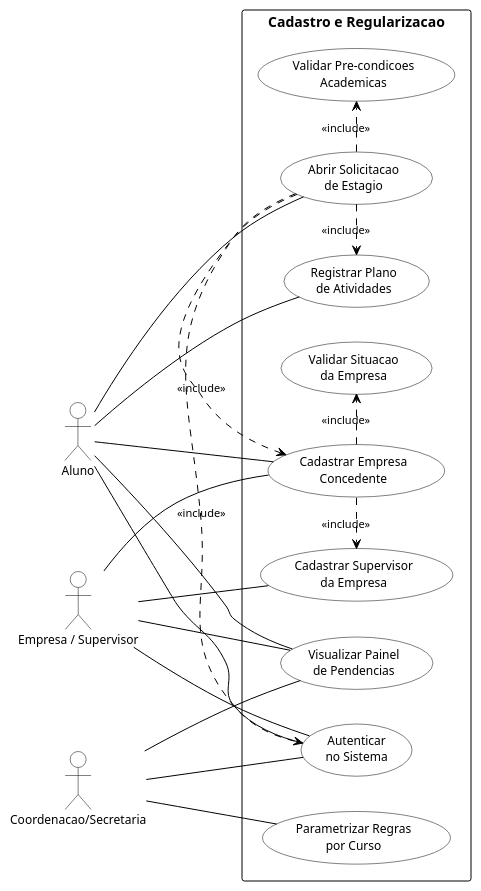
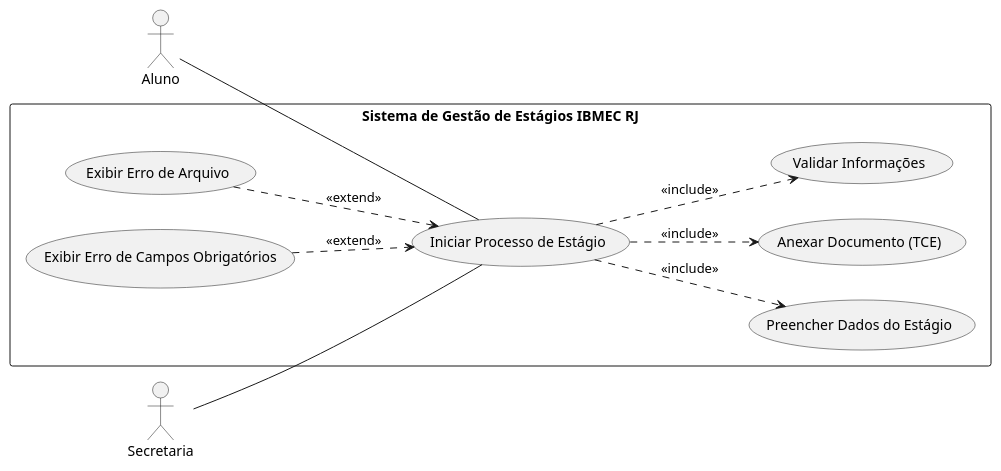
The second of 9 diagrams in docs/Elaboracao/casos_de_uso.md (Projetos-de-Extensao/PBE_26.1_8002_I), drawn with PlantUML before and after one commit. The commit also changed other lines of this file, not shown here.

````diff
--- a/docs/Elaboracao/casos_de_uso.md
+++ b/docs/Elaboracao/casos_de_uso.md
@@ -119,72 +91,31 @@
 ```plantuml
-@startuml visao_1_cadastro_regularizacao
-
+  @startuml
 left to right direction
 
-skinparam DefaultFontName Arial
-skinparam DefaultFontSize 12
-skinparam shadowing false
-skinparam backgroundColor white
+actor Aluno
+actor Secretaria
 
-skinparam actor {
-  BackgroundColor white
-  BorderColor black
-  FontColor black
-}
-skinparam usecase {
-  BackgroundColor white
-  BorderColor black
-  FontColor black
-  FontSize 12
-}
-skinparam rectangle {
-  BackgroundColor white
-  BorderColor black
-  FontColor black
-  FontSize 14
-}
-skinparam ArrowColor black
-skinparam ArrowFontColor black
-skinparam ArrowFontSize 11
+rectangle "Sistema de Gestão de Estágios IBMEC RJ" {
 
-actor "Aluno"                  as ALU
-actor "Empresa / Supervisor"   as EMP
-actor "Coordenacao/Secretaria" as COO
+  usecase "Iniciar Processo de Estágio" as UC1
+  usecase "Preencher Dados do Estágio" as UC2
+  usecase "Anexar Documento (TCE)" as UC3
+  usecase "Validar Informações" as UC4
+  usecase "Exibir Erro de Arquivo" as UC5
+  usecase "Exibir Erro de Campos Obrigatórios" as UC6
 
-rectangle "Cadastro e Regularizacao" {
-  usecase "Autenticar\nno Sistema"             as UC_AUTH
-  usecase "Abrir Solicitacao\nde Estagio"      as UC_ABRIR
-  usecase "Validar Pre-condicoes\nAcademicas"  as UC_PREC
-  usecase "Registrar Plano\nde Atividades"     as UC_PLANO
-  usecase "Cadastrar Empresa\nConcedente"      as UC_EMP
-  usecase "Validar Situacao\nda Empresa"       as UC_VEMP
-  usecase "Cadastrar Supervisor\nda Empresa"   as UC_SUP
-  usecase "Parametrizar Regras\npor Curso"     as UC_REGRAS
-  usecase "Visualizar Painel\nde Pendencias"   as UC_PAINEL
 }
 
-ALU -- UC_AUTH
-ALU -- UC_ABRIR
-ALU -- UC_EMP
-ALU -- UC_PLANO
-ALU -- UC_PAINEL
+Aluno -- UC1
+Secretaria -- UC1
 
-EMP -- UC_AUTH
-EMP -- UC_EMP
-EMP -- UC_SUP
-EMP -- UC_PAINEL
+UC1 ..> UC2 : <<include>>
+UC1 ..> UC3 : <<include>>
+UC1 ..> UC4 : <<include>>
 
-COO -- UC_AUTH
-COO -- UC_REGRAS
-COO -- UC_PAINEL
-
-UC_ABRIR .> UC_AUTH  : <<include>>
-UC_ABRIR .> UC_PREC  : <<include>>
-UC_ABRIR .> UC_PLANO : <<include>>
-UC_ABRIR .> UC_EMP   : <<include>>
-
-UC_EMP .> UC_VEMP : <<include>>
-UC_EMP .> UC_SUP  : <<include>>
+UC5 ..> UC1 : <<extend>>
+UC6 ..> UC1 : <<extend>>
 
 @enduml
+
 ```
````
